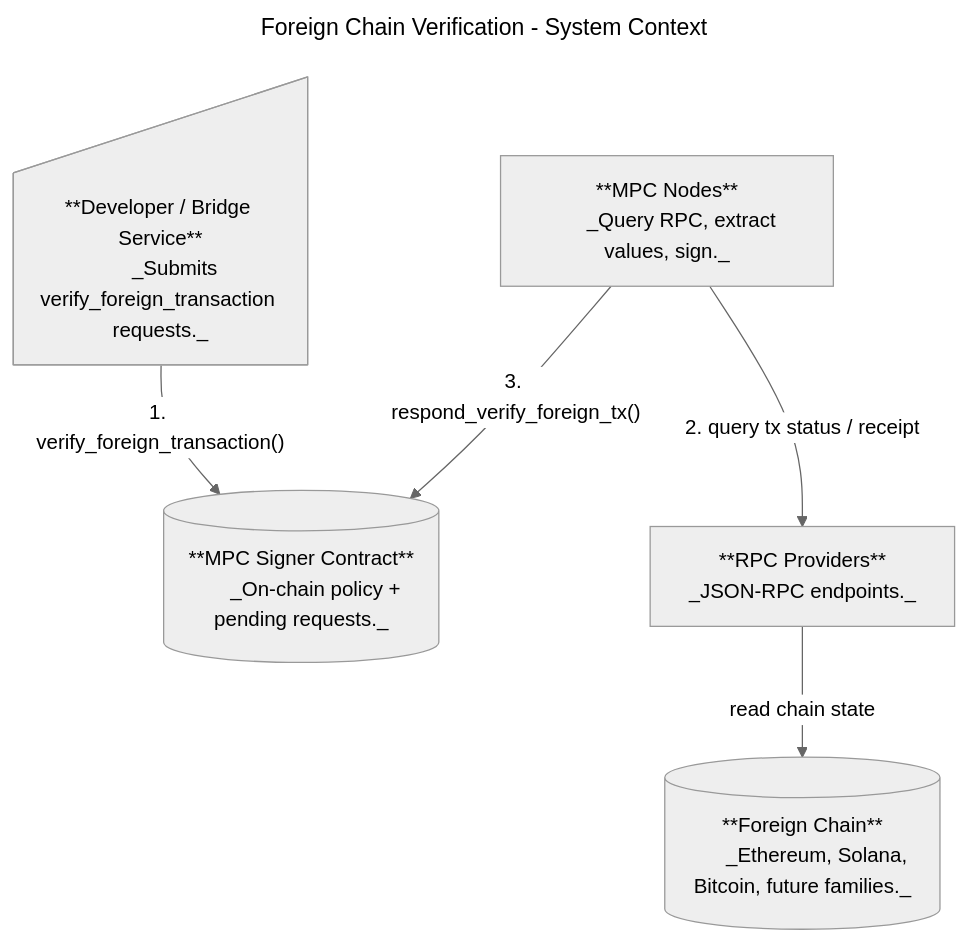
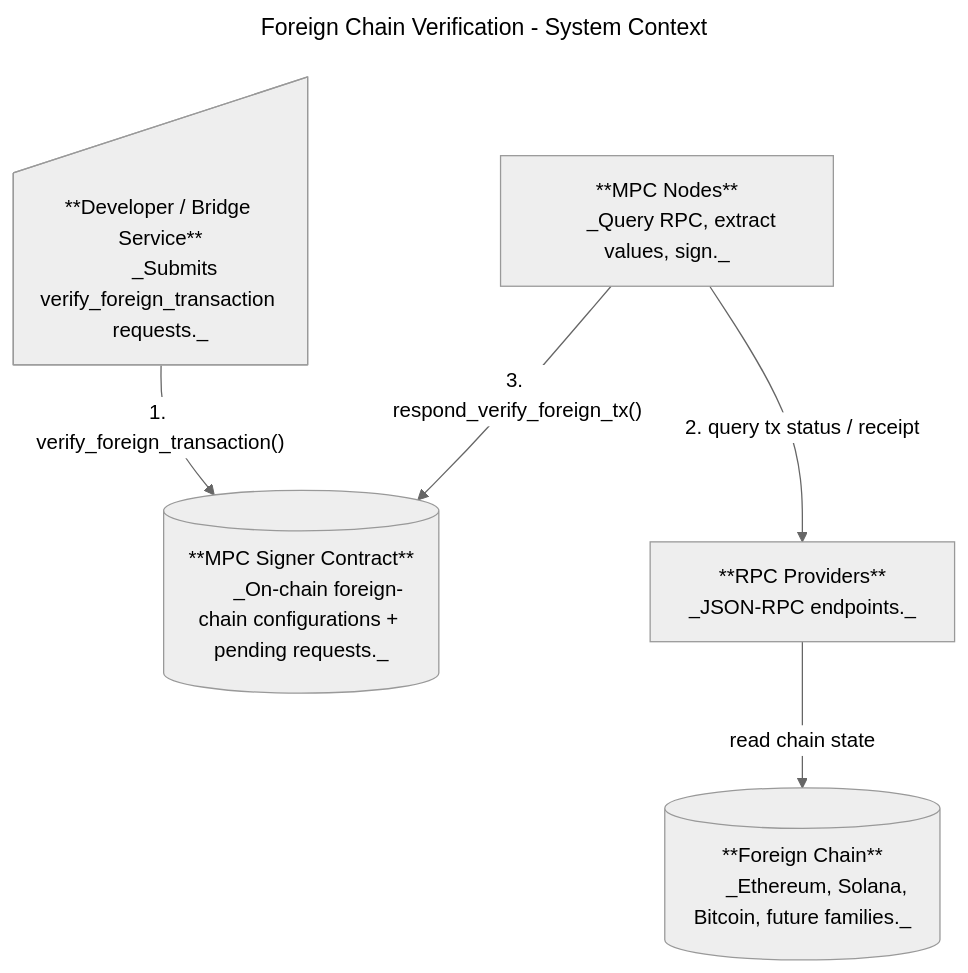
Before and after one commit to near/mpc: the first of 2 diagrams in docs/foreign-chain-transactions.md, drawn with Mermaid (neutral theme). The commit also changed other lines of this file, not shown here.

Commit message:
update doc for foreign chain transactions

````diff
--- a/docs/foreign-chain-transactions.md
+++ b/docs/foreign-chain-transactions.md
@@ -48,31 +48,31 @@
 ```mermaid
 ---
 title: Foreign Chain Verification - System Context
 ---
 flowchart TD
     DEV["**Developer / Bridge Service**
       _Submits verify_foreign_transaction requests._"]
 
     SC["**MPC Signer Contract**
-      _On-chain policy + pending requests._"]
+      _On-chain foreign-chain configurations + pending requests._"]
 
     MPC["**MPC Nodes**
       _Query RPC, extract values, sign._"]
 
     RPC["**RPC Providers**
       _JSON-RPC endpoints._"]
 
     FC["**Foreign Chain**
       _Ethereum, Solana, Bitcoin, future families._"]
 
     DEV -->|"1. verify_foreign_transaction()"| SC
     MPC -->|"3. respond_verify_foreign_tx()"| SC
     MPC -->|"2. query tx status / receipt"| RPC
     RPC -->|"read chain state"| FC
 
     DEV@{ shape: manual-input}
     SC@{ shape: db}
     MPC@{ shape: proc}
     RPC@{ shape: proc}
     FC@{ shape: cylinder}
 ```
````
